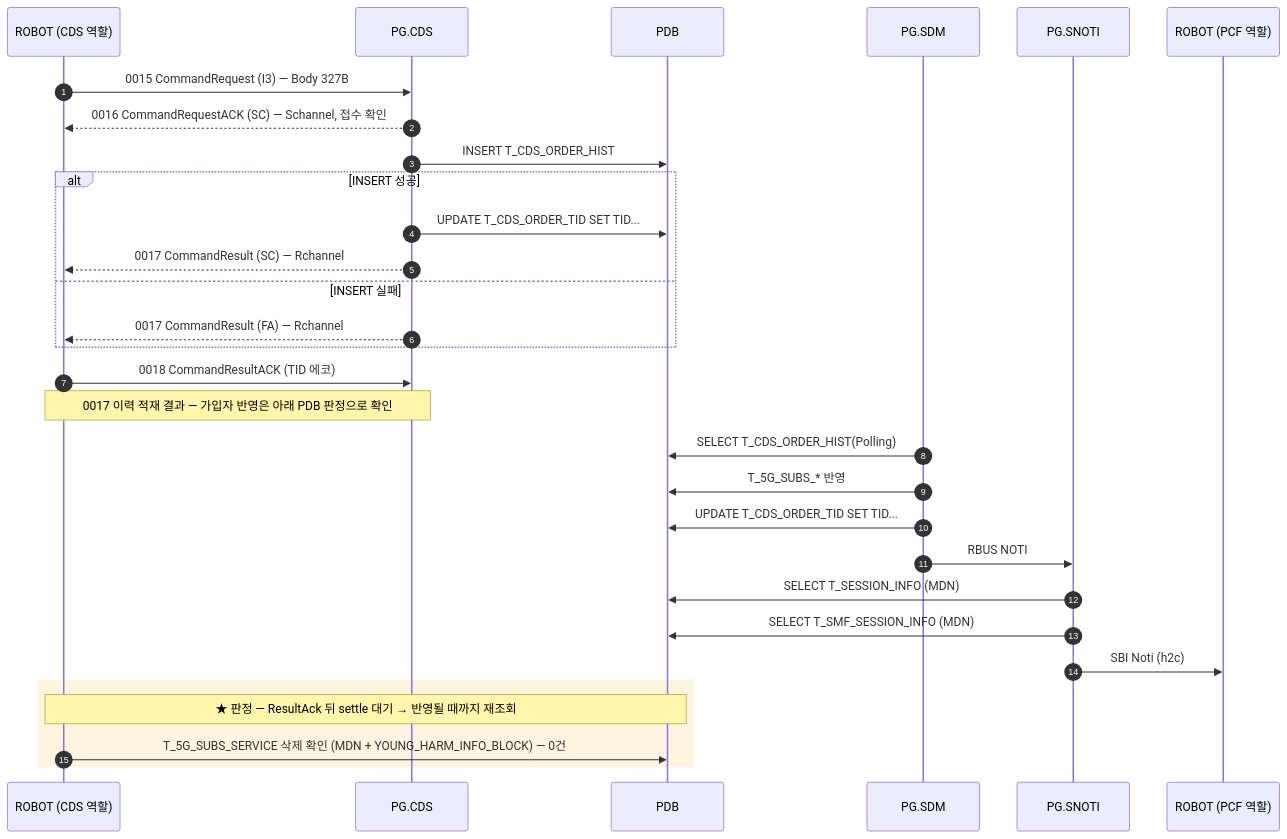
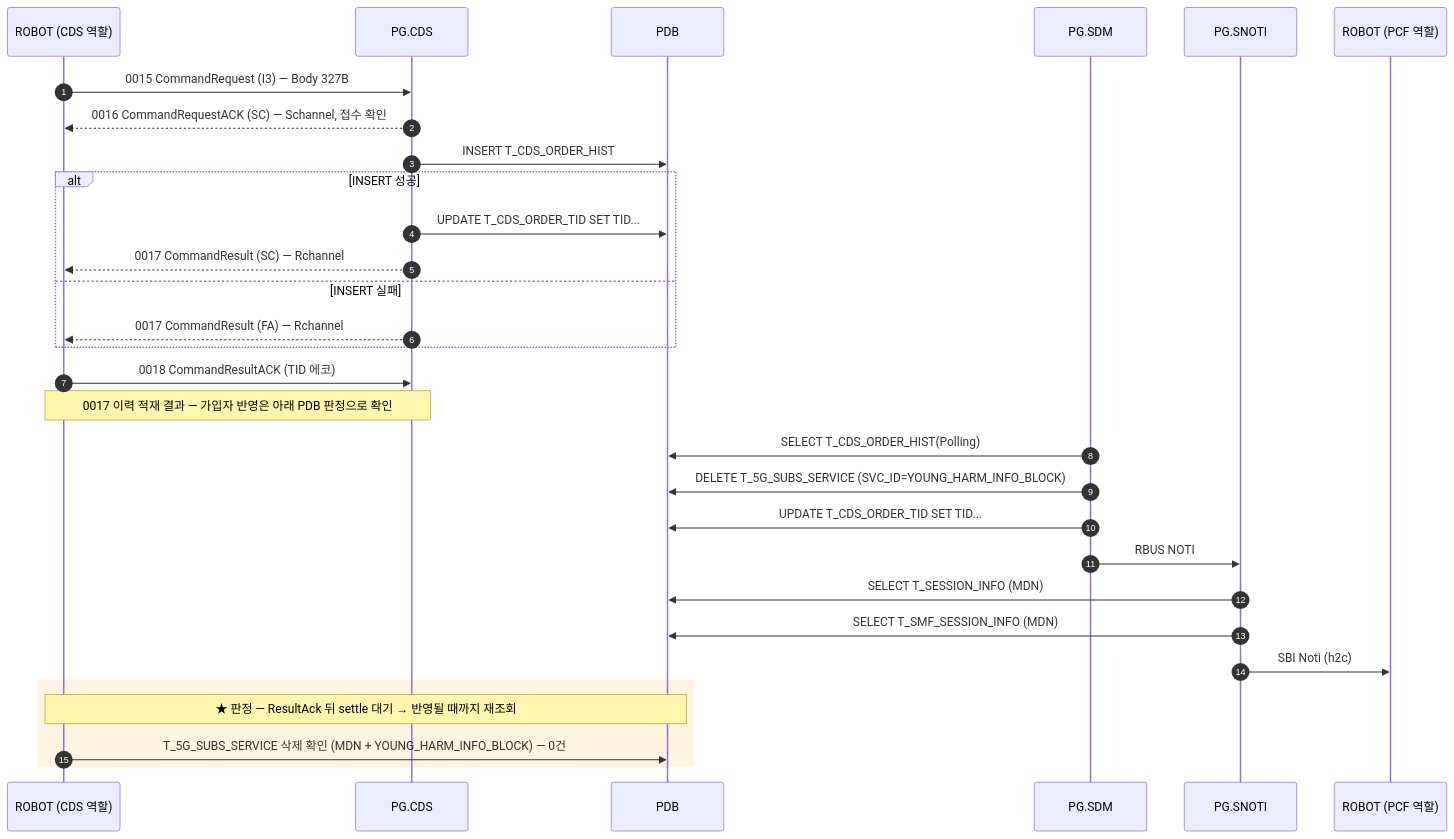
One commit to IanKim2030/tc4robot changed the diagram in docs/callflow/CDS_I3.md. Above: the diagram before and after it, drawn with Mermaid. The commit also changed 2 other files, not shown here.

Commit message:
docs : I2,I3 수정

````diff
--- a/docs/callflow/CDS_I3.md
+++ b/docs/callflow/CDS_I3.md
@@ -15,34 +15,34 @@
 ```mermaid
 sequenceDiagram
     autonumber
     participant TOOL as ROBOT (CDS 역할)
     participant PCDS as PG.CDS
     participant PDB as PDB
     participant SDM as PG.SDM
     participant SNOTI as PG.SNOTI
     participant PCF as ROBOT (PCF 역할)
 
     TOOL->>PCDS: 0015 CommandRequest (I3) — Body 327B
     PCDS-->>TOOL: 0016 CommandRequestACK (SC) — Schannel, 접수 확인
     PCDS->>PDB: INSERT T_CDS_ORDER_HIST
     alt INSERT 성공
         PCDS->>PDB: UPDATE T_CDS_ORDER_TID SET TID...
         PCDS-->>TOOL: 0017 CommandResult (SC) — Rchannel
     else INSERT 실패
         PCDS-->>TOOL: 0017 CommandResult (FA) — Rchannel
     end
     TOOL->>PCDS: 0018 CommandResultACK (TID 에코)
     Note over TOOL,PCDS: 0017 이력 적재 결과 — 가입자 반영은 아래 PDB 판정으로 확인
 
     SDM->>PDB: SELECT T_CDS_ORDER_HIST(Polling)
-    SDM->>PDB: T_5G_SUBS_* 반영
+    SDM->>PDB: DELETE T_5G_SUBS_SERVICE (SVC_ID=YOUNG_HARM_INFO_BLOCK)
     SDM->>PDB: UPDATE T_CDS_ORDER_TID SET TID...
     SDM->>SNOTI: RBUS NOTI
     SNOTI->>PDB: SELECT T_SESSION_INFO (MDN)
     SNOTI->>PDB: SELECT T_SMF_SESSION_INFO (MDN)
     SNOTI->>PCF: SBI Noti (h2c)
     rect rgba(255, 176, 32, 0.14)
     Note over TOOL,PDB: ★ 판정 — ResultAck 뒤 settle 대기 → 반영될 때까지 재조회
         TOOL->>PDB: T_5G_SUBS_SERVICE 삭제 확인 (MDN + YOUNG_HARM_INFO_BLOCK) — 0건
     end
 ```
````
